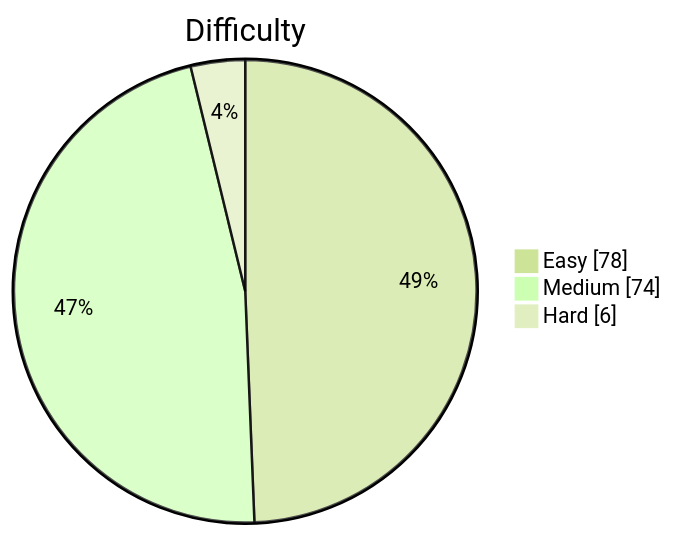
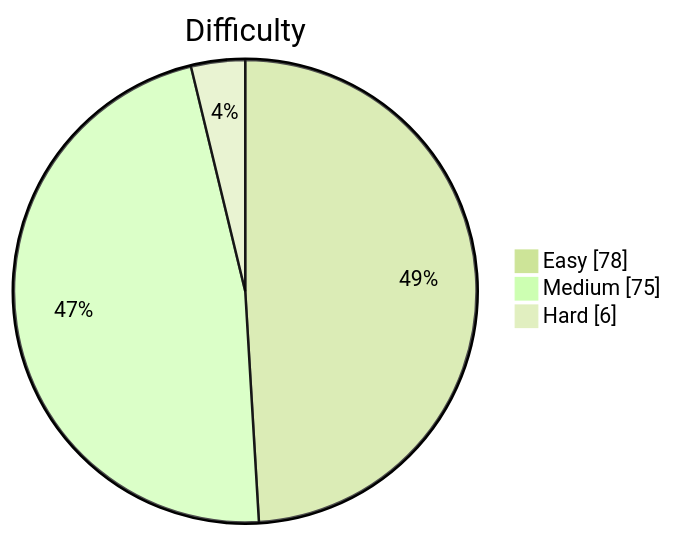
The diagram in README.md (kevstevie/python-algo-practice), drawn with Mermaid (forest theme) before and after one commit. The commit also changed other lines of this file, not shown here.

````diff
--- a/README.md
+++ b/README.md
@@ -13,7 +13,7 @@
 ```mermaid
 pie showData
     title Difficulty
     "Easy"   : 78
-    "Medium" : 74
+    "Medium" : 75
     "Hard"   : 6
 ```
````
